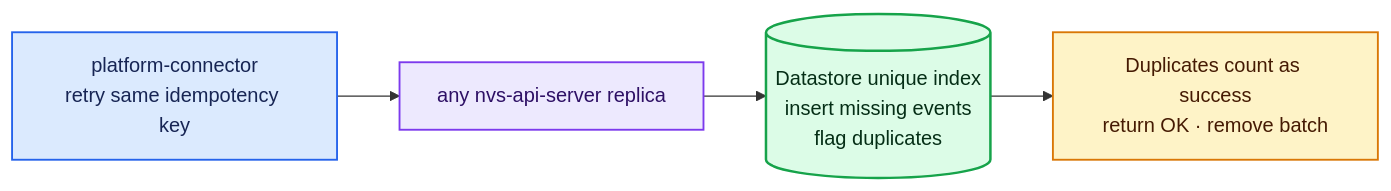
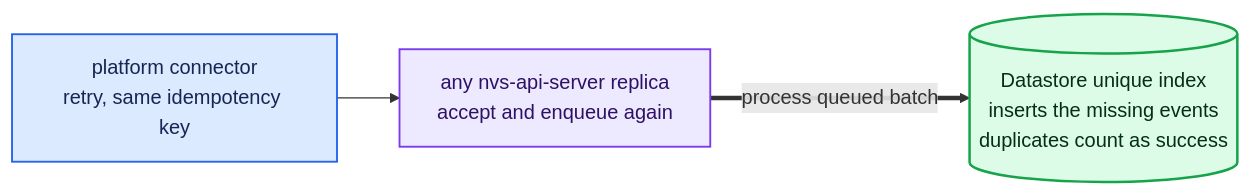
Before and after one commit to KaivalyaMDabhadkar/NVSentinel: the fourth of 6 diagrams in docs/designs/050-datastore-api-server.md, drawn with Mermaid. The commit also changed other lines of this file, not shown here.

Commit message:
fix: duplicate platform connector code as nvs-api-server

````diff
--- a/docs/designs/050-datastore-api-server.md
+++ b/docs/designs/050-datastore-api-server.md
@@ -227,18 +276,16 @@
 ```mermaid
 flowchart LR
-    PC["platform-connector<br/>retry same idempotency key"]
-    API["any nvs-api-server replica"]
-    DB[("Datastore unique index<br/>insert missing events<br/>flag duplicates")]
-    DONE["Duplicates count as success<br/>return OK · remove batch"]
+    PC["platform connector<br/>retry, same idempotency key"]
+    API["any nvs-api-server replica<br/>accept and enqueue again"]
+    DB[("Datastore unique index<br/>inserts the missing events<br/>duplicates count as success")]
 
-    PC --> API --> DB --> DONE
+    PC --> API
+    API == "process queued batch" ==> DB
 
     classDef client fill:#DBEAFE,stroke:#2563EB,color:#172554,stroke-width:1.5px
     classDef service fill:#EDE9FE,stroke:#7C3AED,color:#2E1065,stroke-width:1.5px
     classDef database fill:#DCFCE7,stroke:#16A34A,color:#052E16,stroke-width:2px
-    classDef success fill:#FEF3C7,stroke:#D97706,color:#451A03,stroke-width:1.5px
     class PC client
     class API service
     class DB database
-    class DONE success
 ```
````
